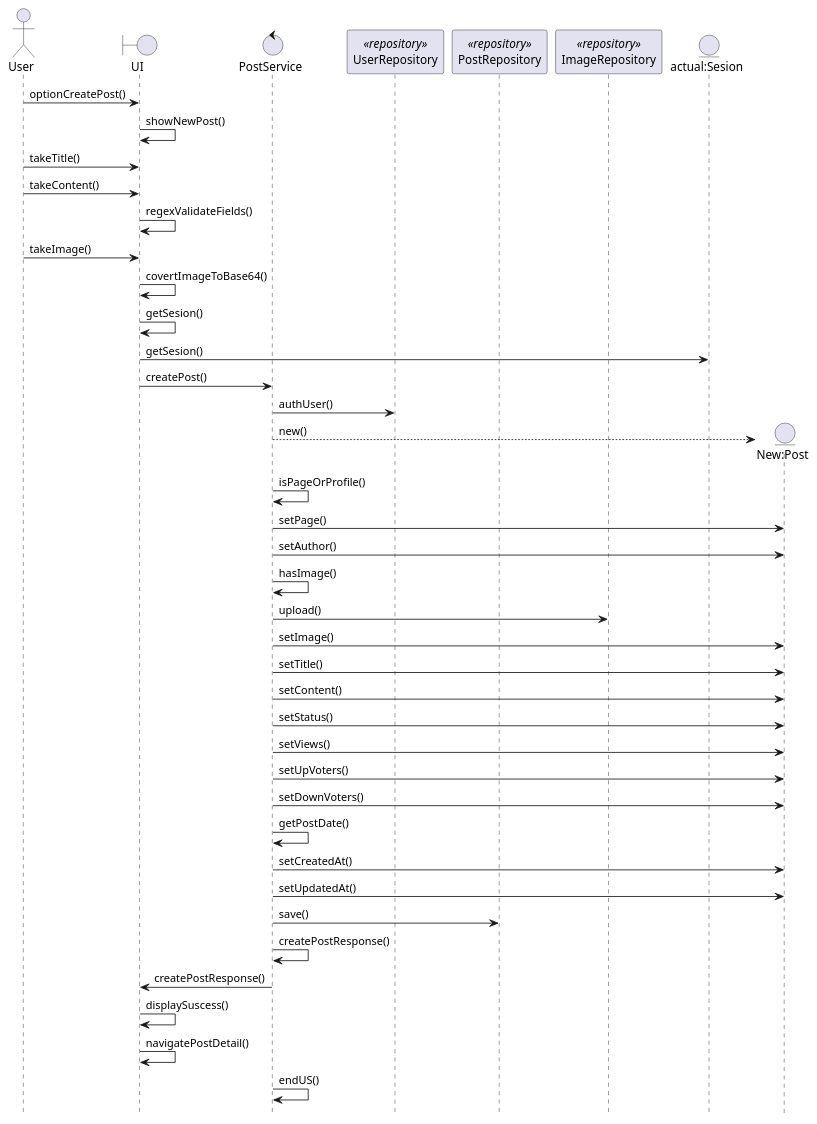
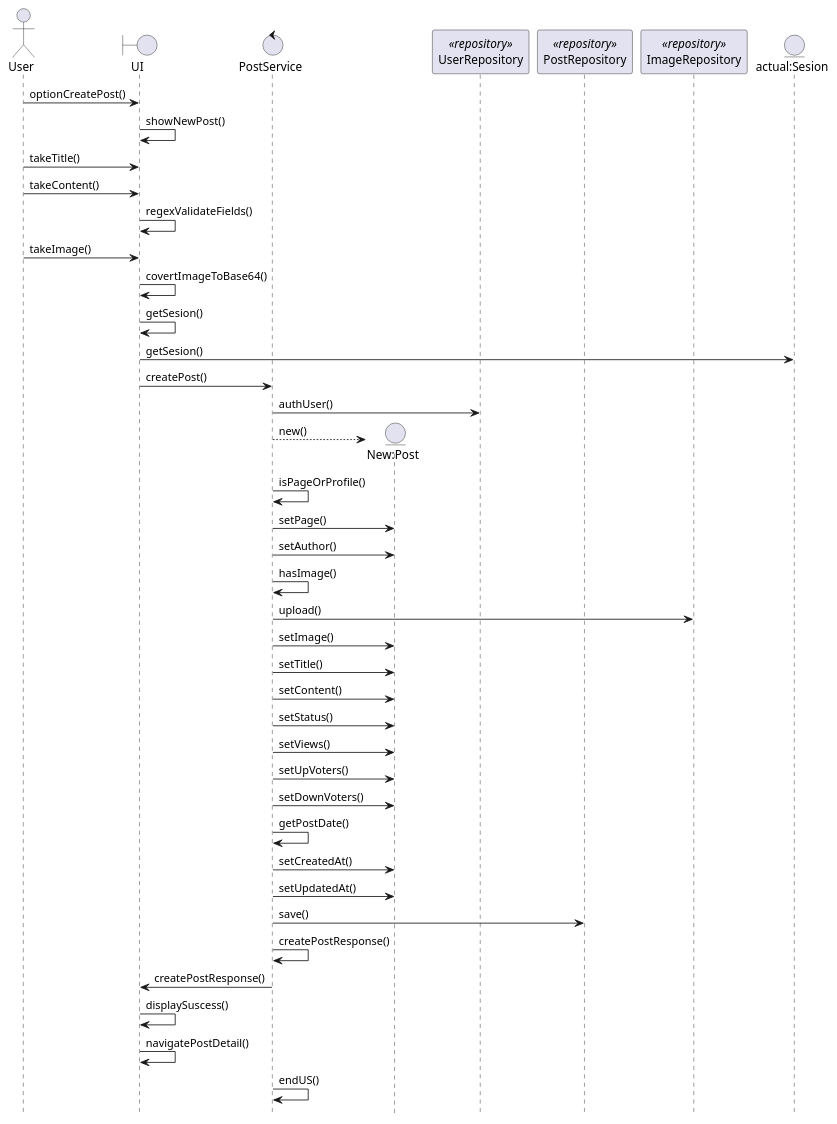
The diagram in create-post-sequence.puml (2piradrian/seminario-docs), drawn with PlantUML before and after one commit. The commit also changed other lines of this file, not shown here.

Commit message:
fix: fix new post possition

```diff
--- a/create-post-sequence.puml
+++ b/create-post-sequence.puml
@@ -1,47 +1,47 @@
 @startuml
 actor User
 boundary "UI" as UI
 control "PostService" as C
+entity "New:Post" as P
 participant "UserRepository" as UR <<repository>>
 participant "PostRepository" as PTR <<repository>>
 participant "ImageRepository" as IR <<repository>>
 entity "actual:Sesion" as S
-entity "New:Post" as P
 
 User -> UI : optionCreatePost()
 UI -> UI: showNewPost()
 User -> UI: takeTitle()
 User -> UI: takeContent()
 UI -> UI: regexValidateFields()
 User -> UI: takeImage()
 UI -> UI: covertImageToBase64()
 UI -> UI: getSesion()
 UI -> S: getSesion()
 UI -> C: createPost()
 C -> UR: authUser() 
 create P
 C --> P : new()
 C -> C: isPageOrProfile()
 C -> P: setPage()
 C -> P: setAuthor()
 C -> C: hasImage()
 C -> IR: upload() 
 C -> P: setImage()
 C -> P: setTitle()
 C -> P: setContent()
 C -> P: setStatus()
 C -> P: setViews()
 C -> P: setUpVoters()
 C -> P: setDownVoters()
 C -> C : getPostDate()
 C -> P: setCreatedAt()
 C -> P: setUpdatedAt()
 C -> PTR: save()
 C -> C: createPostResponse()
 C -> UI: createPostResponse()
 UI -> UI: displaySuscess()
 UI -> UI: navigatePostDetail()
 C -> C : endUS()
 
 hide footbox
 @enduml
```
